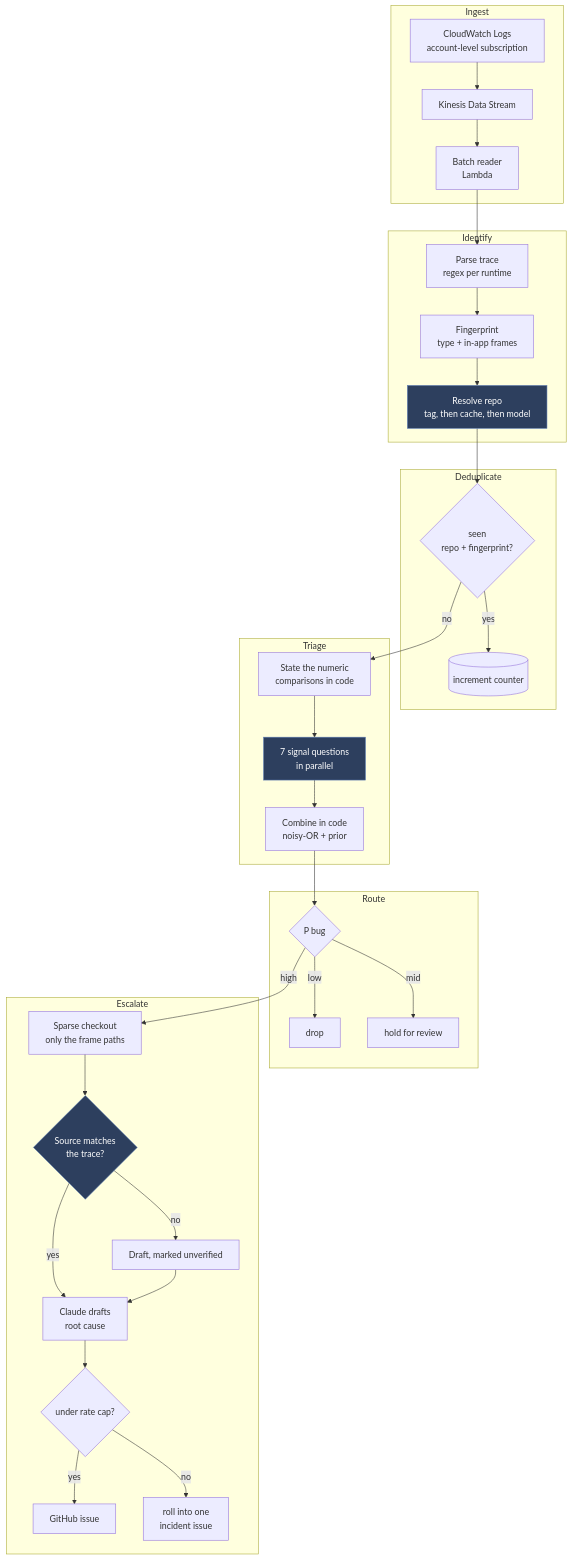
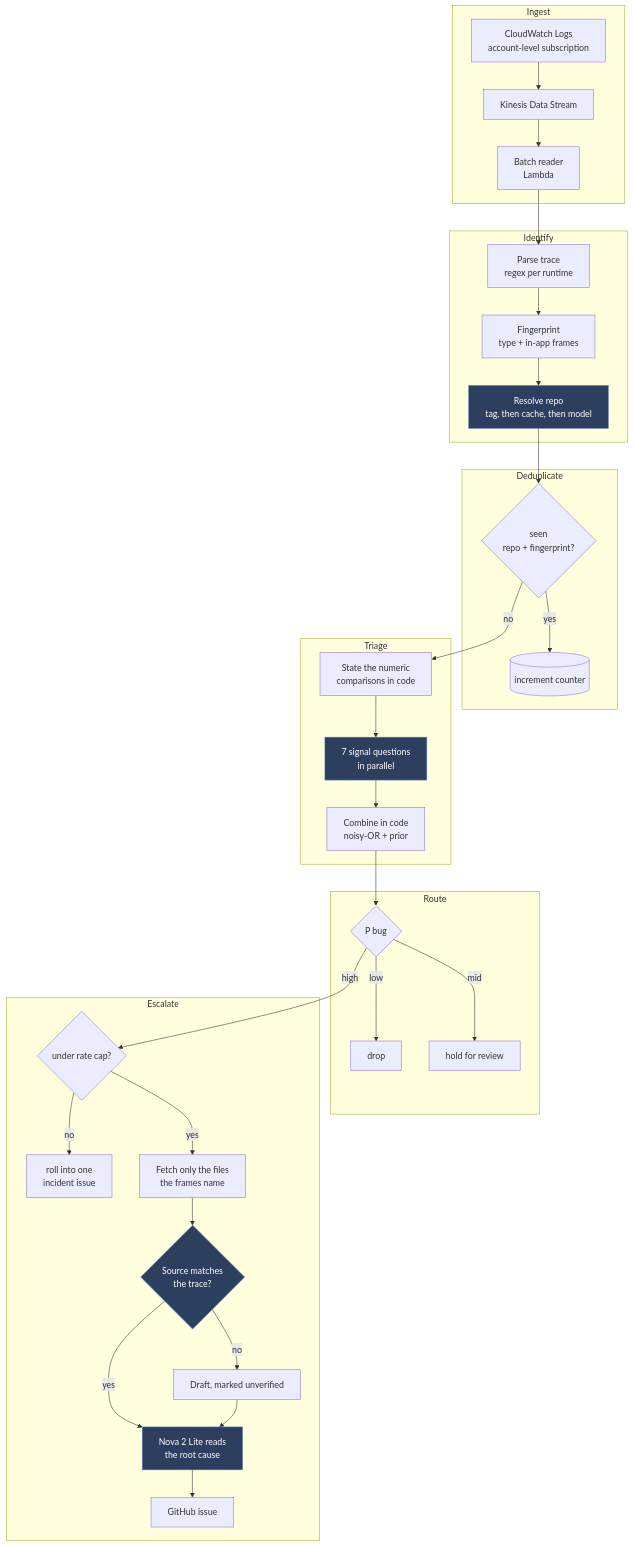
Before and after one commit to ganhammar/observe-ai: the diagram in docs/ARCHITECTURE.md, drawn with Mermaid. The commit also changed other lines of this file and 14 other files, not shown here.

````diff
--- a/docs/ARCHITECTURE.md
+++ b/docs/ARCHITECTURE.md
@@ -9,44 +9,44 @@
 ```mermaid
 flowchart TB
     subgraph ingest[Ingest]
         CW[CloudWatch Logs<br/>account-level subscription] --> KDS[Kinesis Data Stream]
         KDS --> BATCH[Batch reader<br/>Lambda]
     end
 
     subgraph identify[Identify]
         BATCH --> PARSE[Parse trace<br/>regex per runtime]
         PARSE --> FP[Fingerprint<br/>type + in-app frames]
         FP --> REPO[Resolve repo<br/>tag, then cache, then model]
     end
 
     subgraph dedupe[Deduplicate]
         REPO --> SEEN{seen<br/>repo + fingerprint?}
         SEEN -->|yes| COUNT[(increment counter)]
     end
 
     subgraph triage[Triage]
         SEEN -->|no| DERIVE[State the numeric<br/>comparisons in code]
         DERIVE --> TREE[7 signal questions<br/>in parallel]
         TREE --> COMB[Combine in code<br/>noisy-OR + prior]
     end
 
     subgraph route[Route]
         COMB --> GATE{P bug}
         GATE -->|low| DROP[drop]
         GATE -->|mid| HOLD[hold for review]
     end
 
     subgraph escalate[Escalate]
-        GATE -->|high| FETCH[Sparse checkout<br/>only the frame paths]
+        GATE -->|high| CAP{under rate cap?}
+        CAP -->|no| ROLLUP[roll into one<br/>incident issue]
+        CAP -->|yes| FETCH[Fetch only the files<br/>the frames name]
         FETCH --> VERIFY{Source matches<br/>the trace?}
         VERIFY -->|no| FLAG[Draft, marked unverified]
-        VERIFY -->|yes| DRAFT[Claude drafts<br/>root cause]
+        VERIFY -->|yes| DRAFT[Nova 2 Lite reads<br/>the root cause]
         FLAG --> DRAFT
-        DRAFT --> CAP{under rate cap?}
-        CAP -->|yes| ISSUE[GitHub issue]
-        CAP -->|no| ROLLUP[roll into one<br/>incident issue]
+        DRAFT --> ISSUE[GitHub issue]
     end
 
     classDef model fill:#2d3f5e,stroke:#5b7bb5,color:#fff
-    class REPO,TREE,VERIFY model
+    class REPO,TREE,VERIFY,DRAFT model
 ```
````
